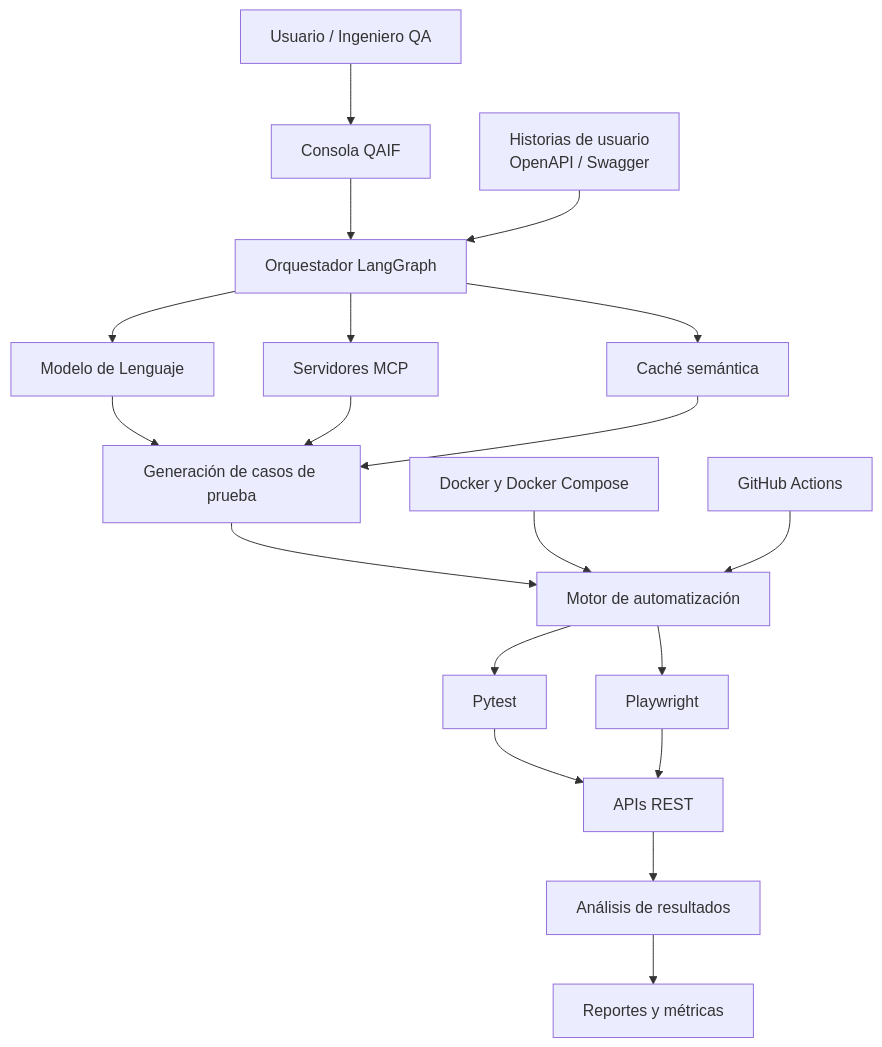
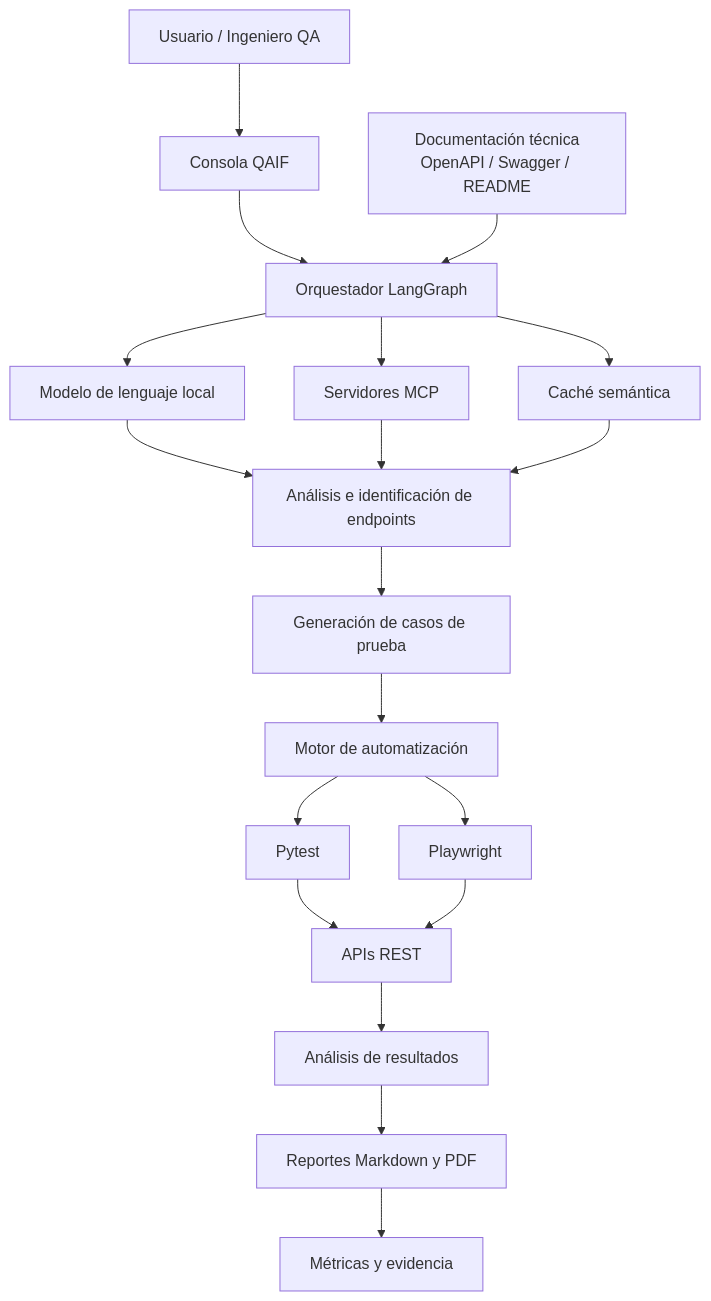
One commit to miguelvillabon07/QAIF changed the first of 2 diagrams in README.md. Above: the diagram before and after it, drawn with Mermaid. The commit also changed other lines of this file, not shown here.

````diff
--- a/README.md
+++ b/README.md
@@ -38,30 +86,28 @@
 ```mermaid
 flowchart TD
     A["Usuario / Ingeniero QA"] --> B["Consola QAIF"]
     B --> C["Orquestador LangGraph"]
 
-    D["Historias de usuario<br/>OpenAPI / Swagger"] --> C
+    D["Documentación técnica<br/>OpenAPI / Swagger / README"] --> C
 
-    C --> E["Modelo de Lenguaje"]
+    C --> E["Modelo de lenguaje local"]
     C --> F["Servidores MCP"]
     C --> G["Caché semántica"]
 
-    E --> H["Generación de casos de prueba"]
+    E --> H["Análisis e identificación de endpoints"]
     F --> H
     G --> H
 
-    H --> I["Motor de automatización"]
+    H --> I["Generación de casos de prueba"]
+    I --> J["Motor de automatización"]
 
-    I --> J["Pytest"]
-    I --> K["Playwright"]
+    J --> K["Pytest"]
+    J --> L["Playwright"]
 
-    J --> L["APIs REST"]
-    K --> L
+    K --> M["APIs REST"]
+    L --> M
 
-    L --> M["Análisis de resultados"]
-
-    M --> N["Reportes y métricas"]
-
-    O["Docker y Docker Compose"] --> I
-    P["GitHub Actions"] --> I
+    M --> N["Análisis de resultados"]
+    N --> O["Reportes Markdown y PDF"]
+    O --> P["Métricas y evidencia"]
 ```
````
